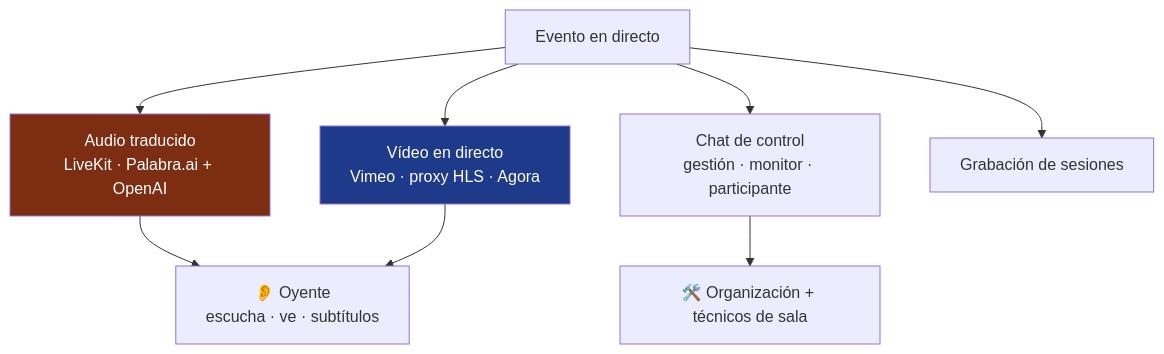
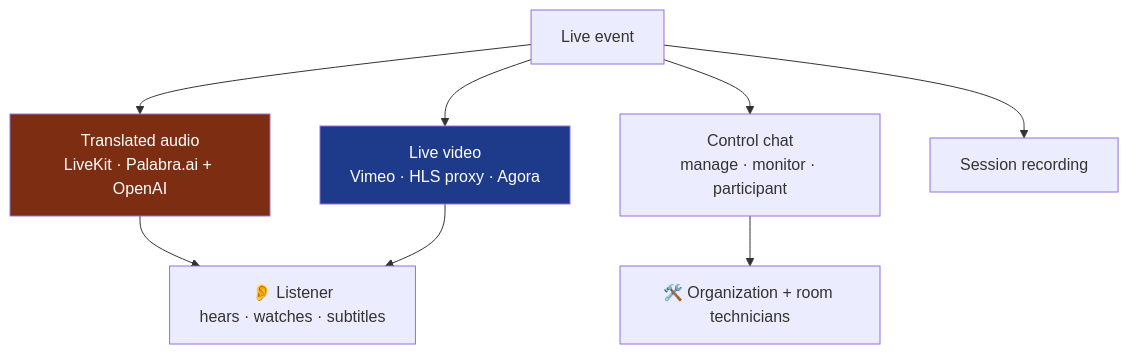
The second of 2 diagrams in projects/audionow.md (aleglope/production-systems-case-studies), drawn with Mermaid before and after one commit. The commit also changed other lines of this file and 25 other files, not shown here.

````diff
--- a/projects/audionow.md
+++ b/projects/audionow.md
@@ -48,13 +50,13 @@
 ```mermaid
 flowchart TB
-    EV["Evento en directo"] --> AUD["Audio traducido<br/>LiveKit · Palabra.ai + OpenAI"]
-    EV --> VID["Vídeo en directo<br/>Vimeo · proxy HLS · Agora"]
-    EV --> CHAT["Chat de control<br/>gestión · monitor · participante"]
-    EV --> REC["Grabación de sesiones"]
-    AUD --> LIST["👂 Oyente<br/>escucha · ve · subtítulos"]
+    EV["Live event"] --> AUD["Translated audio<br/>LiveKit · Palabra.ai + OpenAI"]
+    EV --> VID["Live video<br/>Vimeo · HLS proxy · Agora"]
+    EV --> CHAT["Control chat<br/>manage · monitor · participant"]
+    EV --> REC["Session recording"]
+    AUD --> LIST["👂 Listener<br/>hears · watches · subtitles"]
     VID --> LIST
-    CHAT --> ORG["🛠️ Organización + técnicos de sala"]
+    CHAT --> ORG["🛠️ Organization + room technicians"]
 
     style AUD fill:#7c2d12,color:#fff
     style VID fill:#1e3a8a,color:#fff
 ```
````
